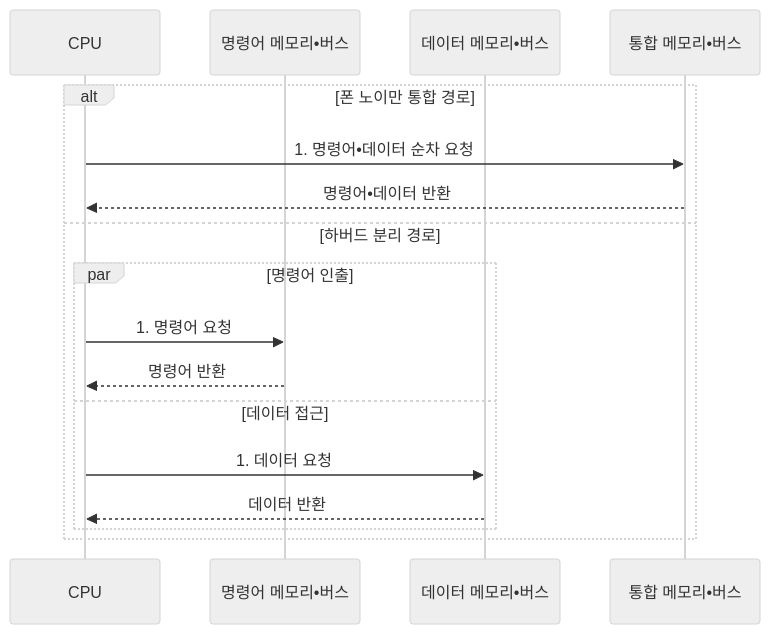
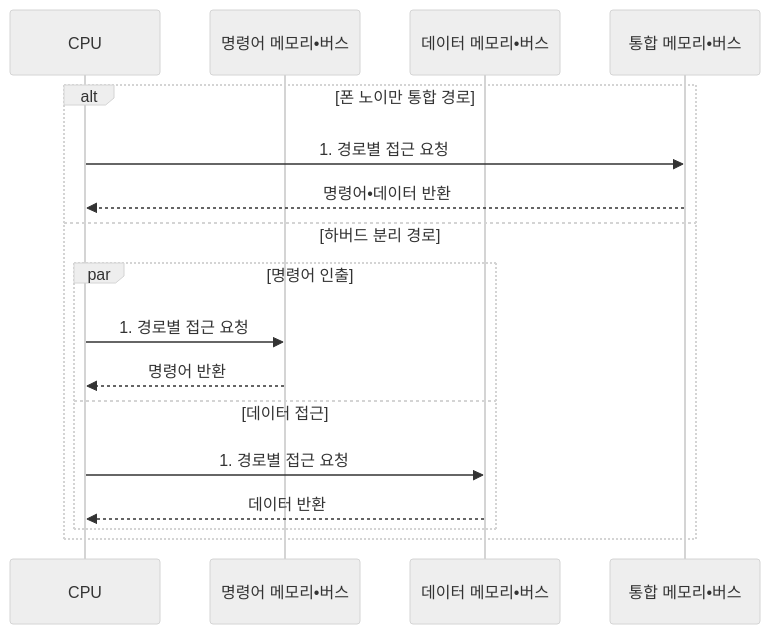
The second of 2 diagrams in src/content/docs/notes/02-hardware/001_von_neumann_vs_harvard.md (agnusdei1207/knowledge-base), drawn with Mermaid (neutral theme) before and after one commit. The commit also changed other lines of this file and 10 other files, not shown here.

````diff
--- a/src/content/docs/notes/02-hardware/001_von_neumann_vs_harvard.md
+++ b/src/content/docs/notes/02-hardware/001_von_neumann_vs_harvard.md
@@ -104,19 +104,19 @@
 ```mermaid
 sequenceDiagram
     participant C as CPU
     participant I as 명령어 메모리•버스
     participant D as 데이터 메모리•버스
     participant M as 통합 메모리•버스
     alt 폰 노이만 통합 경로
-        C->>M: 1. 명령어•데이터 순차 요청
+        C->>M: 1. 경로별 접근 요청
         M-->>C: 명령어•데이터 반환
     else 하버드 분리 경로
         par 명령어 인출
-            C->>I: 1. 명령어 요청
+            C->>I: 1. 경로별 접근 요청
             I-->>C: 명령어 반환
         and 데이터 접근
-            C->>D: 1. 데이터 요청
+            C->>D: 1. 경로별 접근 요청
             D-->>C: 데이터 반환
         end
     end
 ```
````
